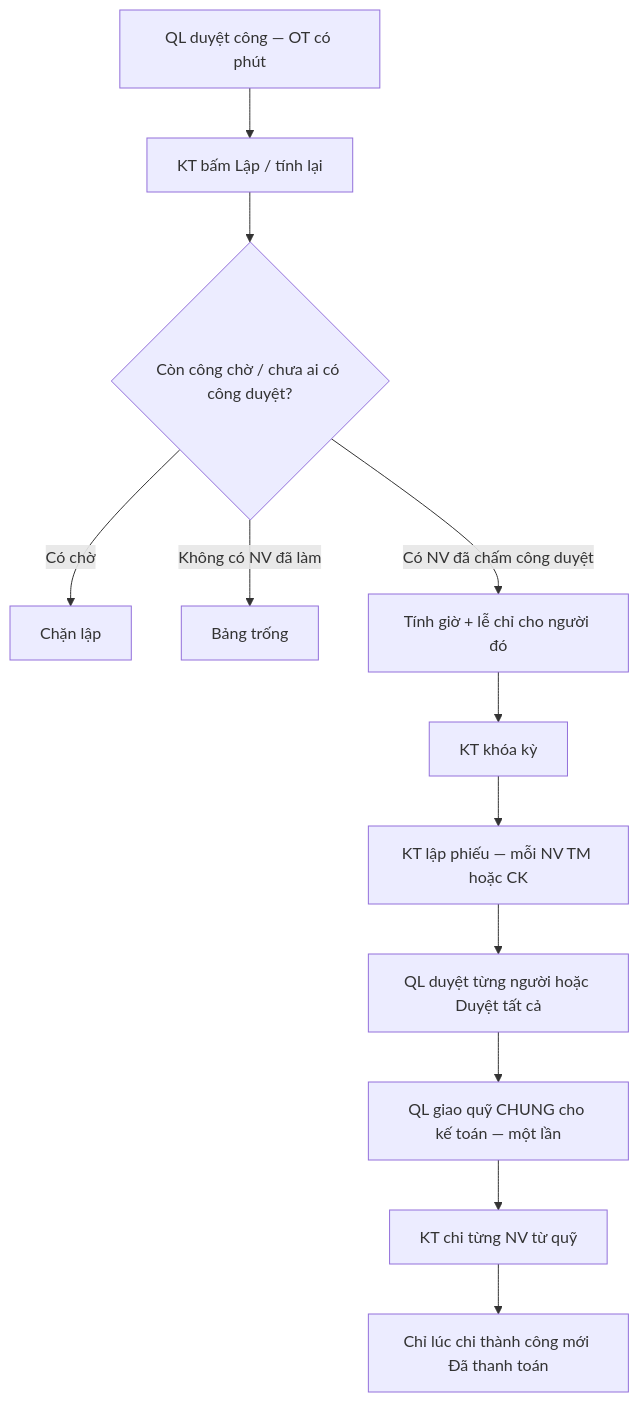
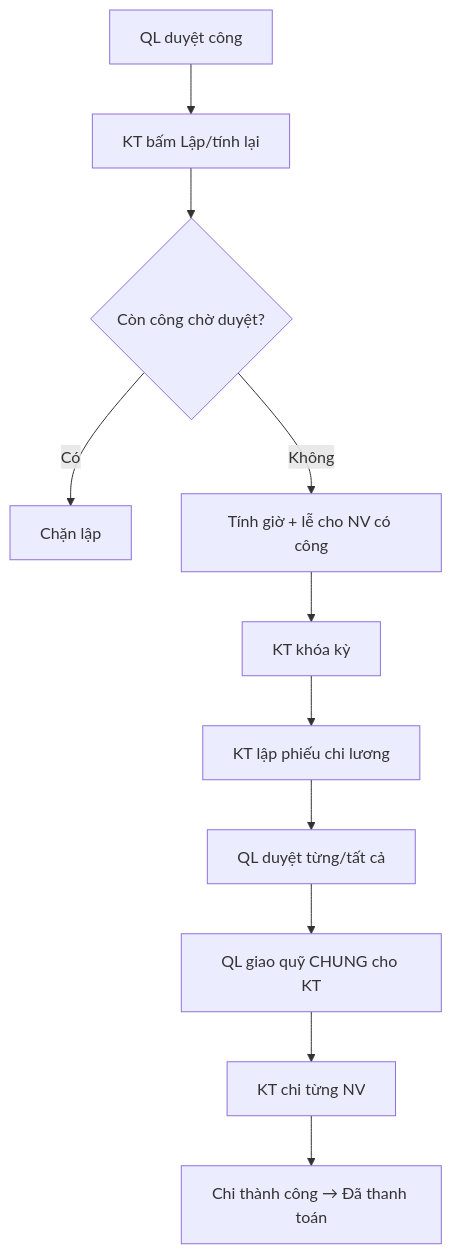
Before and after one commit to lowlyone03/BTL-supermarket-fly: the third of 3 diagrams in README.md, drawn with Mermaid. The commit also changed other lines of this file, not shown here.

Commit message:
docs: rewrite README.md - full system documentation covering architecture, 43 UCs, 37+ tables, API reference, all business modules, advanced features

````diff
--- a/README.md
+++ b/README.md
@@ -216,14 +415,13 @@
 ```mermaid
 flowchart TD
-  A[QL duyệt công — OT có phút] --> B[KT bấm Lập / tính lại]
-  B --> C{Còn công chờ / chưa ai có công duyệt?}
-  C -->|Có chờ| D[Chặn lập]
-  C -->|Không có NV đã làm| E[Bảng trống]
-  C -->|Có NV đã chấm công duyệt| F[Tính giờ + lễ chỉ cho người đó]
+  A[QL duyệt công] --> B[KT bấm Lập/tính lại]
+  B --> C{Còn công chờ duyệt?}
+  C -->|Có| D[Chặn lập]
+  C -->|Không| F[Tính giờ + lễ cho NV có công]
   F --> G[KT khóa kỳ]
-  G --> H[KT lập phiếu — mỗi NV TM hoặc CK]
-  H --> I[QL duyệt từng người hoặc Duyệt tất cả]
-  I --> J[QL giao quỹ CHUNG cho kế toán — một lần]
-  J --> K[KT chi từng NV từ quỹ]
-  K --> L[Chỉ lúc chi thành công mới Đã thanh toán]
+  G --> H[KT lập phiếu chi lương]
+  H --> I[QL duyệt từng/tất cả]
+  I --> J[QL giao quỹ CHUNG cho KT]
+  J --> K[KT chi từng NV]
+  K --> L[Chi thành công → Đã thanh toán]
 ```
````
